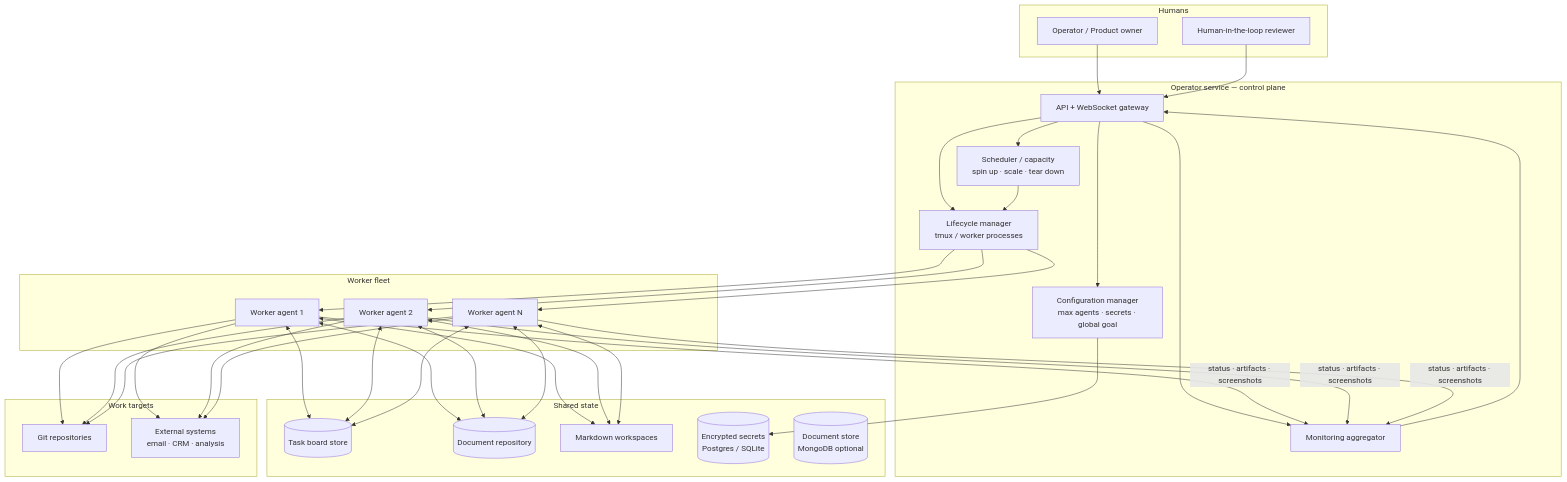
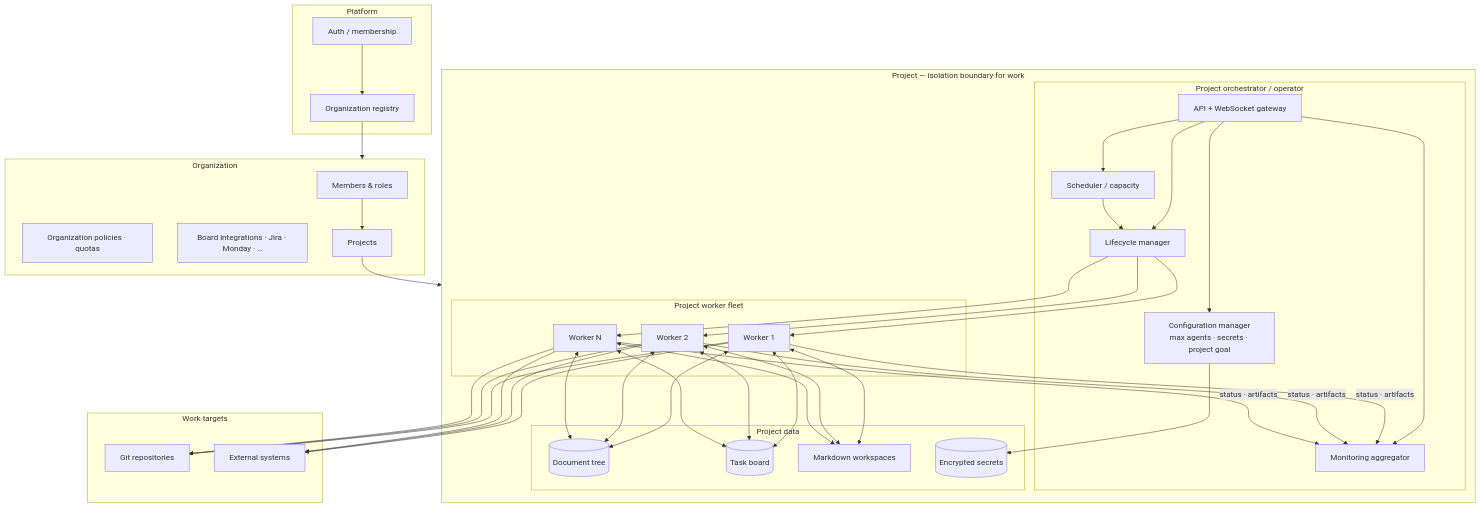
Before and after one commit to OmChillure/fleet: the diagram in artifacts/diagrams/system-architecture.mmd, drawn with Mermaid. The commit also changed 47 other files, not shown here.

```diff
--- a/artifacts/diagrams/system-architecture.mmd
+++ b/artifacts/diagrams/system-architecture.mmd
@@ -1,48 +1,52 @@
 flowchart TB
-  subgraph Humans["Humans"]
-    OP[Operator / Product owner]
-    HITL[Human-in-the-loop reviewer]
+  subgraph Platform["Platform"]
+    AUTH[Auth / membership]
+    ORGreg[Organization registry]
   end
 
-  subgraph ControlPlane["Operator service — control plane"]
-    API[API + WebSocket gateway]
-    CFG[Configuration manager<br/>max agents · secrets · global goal]
-    SCH[Scheduler / capacity<br/>spin up · scale · tear down]
-    LIFE[Lifecycle manager<br/>tmux / worker processes]
-    MON[Monitoring aggregator]
+  subgraph Org["Organization"]
+    MEM[Members & roles]
+    TPOL[Organization policies · quotas]
+    INT[Board integrations · Jira · Monday · …]
+    PROJS[Projects]
   end
 
-  subgraph DataPlane["Shared state"]
-    BOARD[(Task board store)]
-    DOCS[(Document repository)]
-    MD[Markdown workspaces]
-    SECRETS[(Encrypted secrets<br/>Postgres / SQLite)]
-    MONGO[(Document store<br/>MongoDB optional)]
-  end
+  subgraph Project["Project — isolation boundary for work"]
+    subgraph ControlPlane["Project orchestrator / operator"]
+      API[API + WebSocket gateway]
+      CFG[Configuration manager<br/>max agents · secrets · project goal]
+      SCH[Scheduler / capacity]
+      LIFE[Lifecycle manager]
+      MON[Monitoring aggregator]
+    end
 
-  subgraph Workers["Worker fleet"]
-    W1[Worker agent 1]
-    W2[Worker agent 2]
-    WN[Worker agent N]
+    subgraph DataPlane["Project data"]
+      DOCTREE[(Document tree)]
+      BOARD[(Task board)]
+      MD[Markdown workspaces]
+      SECRETS[(Encrypted secrets)]
+    end
+
+    subgraph Workers["Project worker fleet"]
+      W1[Worker 1]
+      W2[Worker 2]
+      WN[Worker N]
+    end
   end
 
   subgraph Targets["Work targets"]
     REPO[Git repositories]
-    EXT[External systems<br/>email · CRM · analysis]
+    EXT[External systems]
   end
 
-  OP --> API
-  HITL --> API
-  API --> CFG
-  API --> SCH
-  API --> LIFE
-  API --> MON
+  AUTH --> ORGreg
+  ORGreg --> Org
+  MEM --> PROJS
+  PROJS --> Project
+  API --> CFG & SCH & LIFE & MON
   SCH --> LIFE
   LIFE --> W1 & W2 & WN
-  W1 & W2 & WN <--> BOARD
-  W1 & W2 & WN <--> DOCS
-  W1 & W2 & WN <--> MD
+  W1 & W2 & WN <--> DOCTREE & BOARD & MD
   CFG --> SECRETS
   W1 & W2 & WN --> REPO & EXT
-  W1 & W2 & WN -->|status · artifacts · screenshots| MON
-  MON --> API
+  W1 & W2 & WN -->|status · artifacts| MON
```
